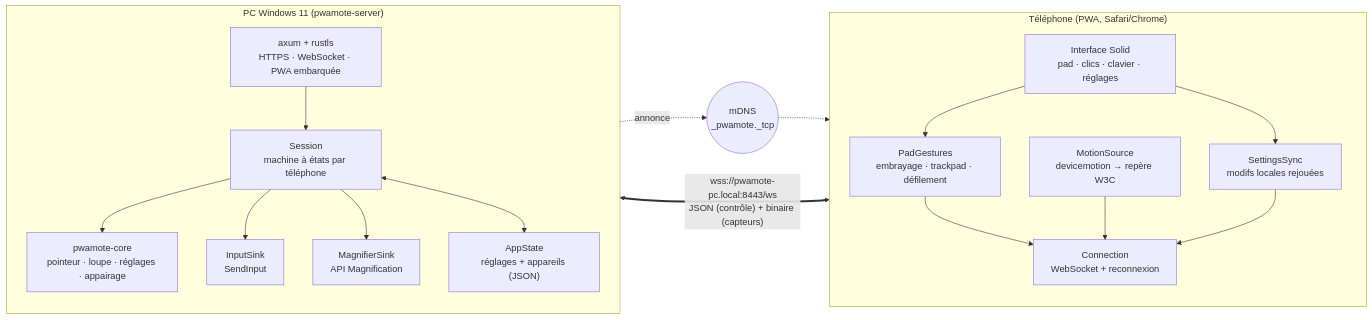
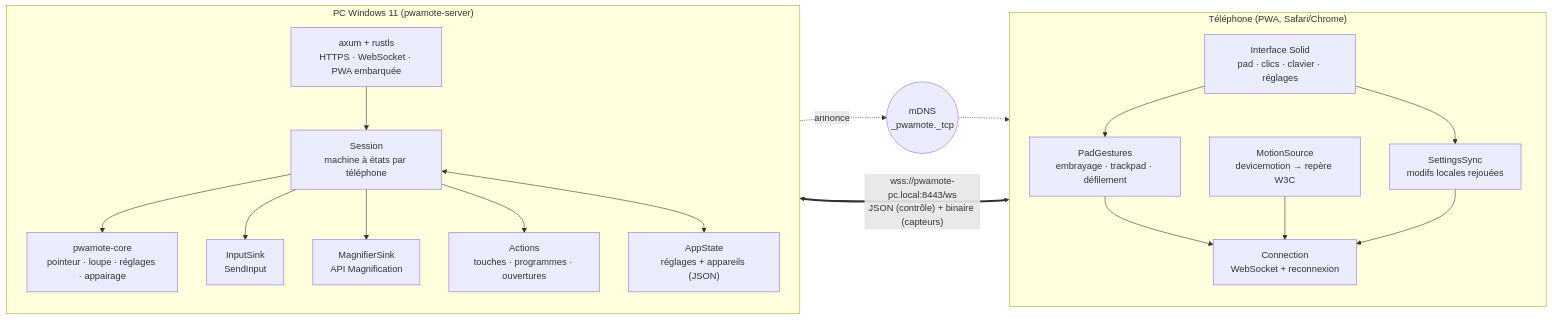
Before and after one commit to wardensfx/pwamote: the first of 16 diagrams in docs/architecture.md, drawn with Mermaid. The commit also changed other lines of this file and 43 other files, not shown here.

````diff
--- a/docs/architecture.md
+++ b/docs/architecture.md
@@ -7,32 +7,34 @@
 ```mermaid
 flowchart LR
   subgraph Phone["Téléphone (PWA, Safari/Chrome)"]
     direction TB
     UI["Interface Solid<br/>pad · clics · clavier · réglages"]
     MOT["MotionSource<br/>devicemotion → repère W3C"]
     PAD["PadGestures<br/>embrayage · trackpad · défilement"]
     SYNC["SettingsSync<br/>modifs locales rejouées"]
     CONN["Connection<br/>WebSocket + reconnexion"]
     UI --> PAD --> CONN
     MOT --> CONN
     UI --> SYNC --> CONN
   end
 
   subgraph PC["PC Windows 11 (pwamote-server)"]
     direction TB
     WEB["axum + rustls<br/>HTTPS · WebSocket · PWA embarquée"]
     SES["Session<br/>machine à états par téléphone"]
     CORE["pwamote-core<br/>pointeur · loupe · réglages · appairage"]
     IN["InputSink<br/>SendInput"]
     MAG["MagnifierSink<br/>API Magnification"]
+    ACT["Actions<br/>touches · programmes · ouvertures"]
     ST["AppState<br/>réglages + appareils (JSON)"]
     WEB --> SES --> CORE
     SES --> IN
     SES --> MAG
+    SES --> ACT
     SES <--> ST
   end
 
   CONN <== "wss://pwamote-pc.local:8443/ws<br/>JSON (contrôle) + binaire (capteurs)" ==> WEB
   MDNS(("mDNS<br/>_pwamote._tcp")) -.-> Phone
   WEB -.annonce.-> MDNS
 ```
````
